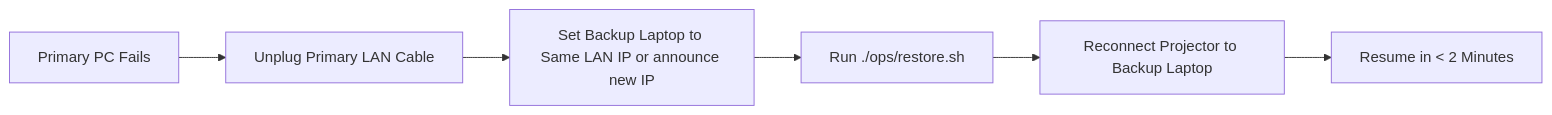
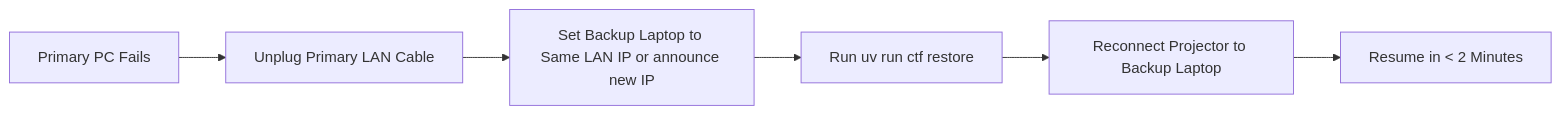
One commit to moodynooby/MID_SEM_LEAK_CTF changed the diagram in docs/TECH_LEAD_RUNBOOK.md. Above: the diagram before and after it, drawn with Mermaid. The commit also changed other lines of this file and 12 other files, not shown here.

````diff
--- a/docs/TECH_LEAD_RUNBOOK.md
+++ b/docs/TECH_LEAD_RUNBOOK.md
@@ -95,8 +95,8 @@
 ```mermaid
 flowchart LR
     A[Primary PC Fails] --> B[Unplug Primary LAN Cable]
     B --> C[Set Backup Laptop to Same LAN IP or announce new IP]
-    C --> D[Run ./ops/restore.sh]
+    C --> D[Run uv run ctf restore]
     D --> E[Reconnect Projector to Backup Laptop]
     E --> F[Resume in < 2 Minutes]
 ```
````
